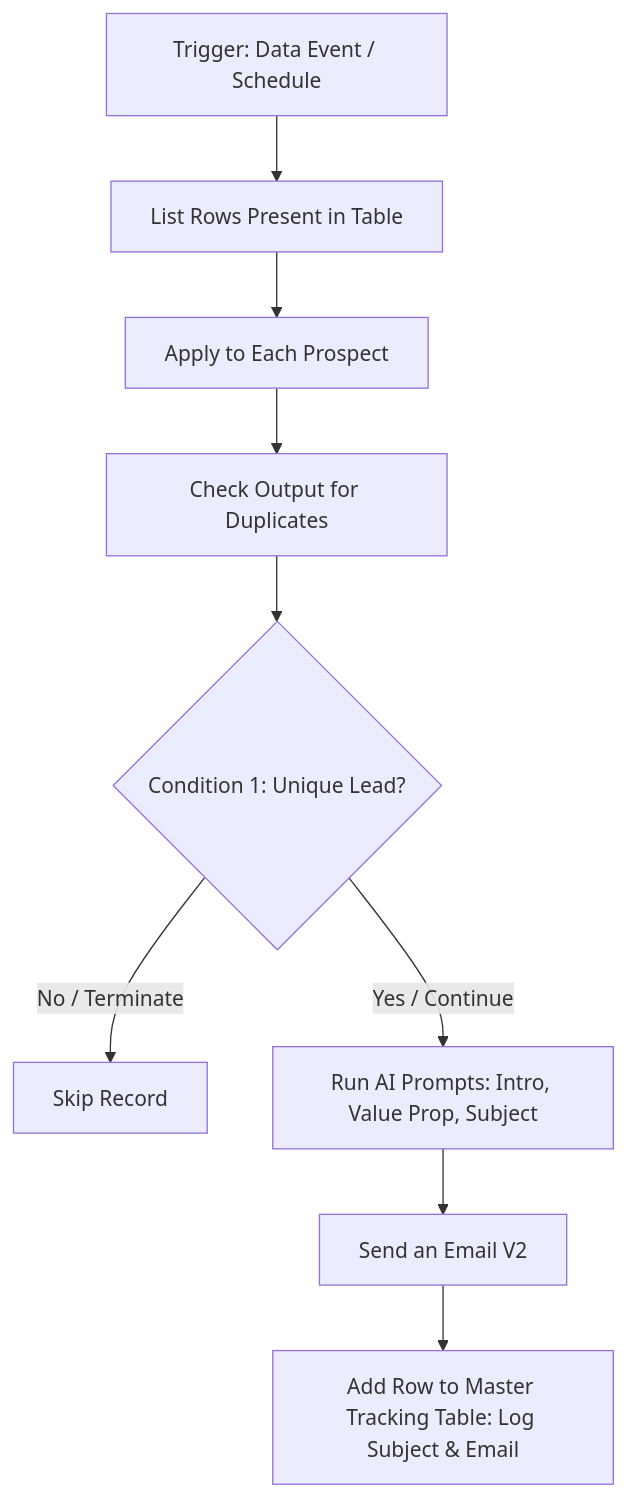
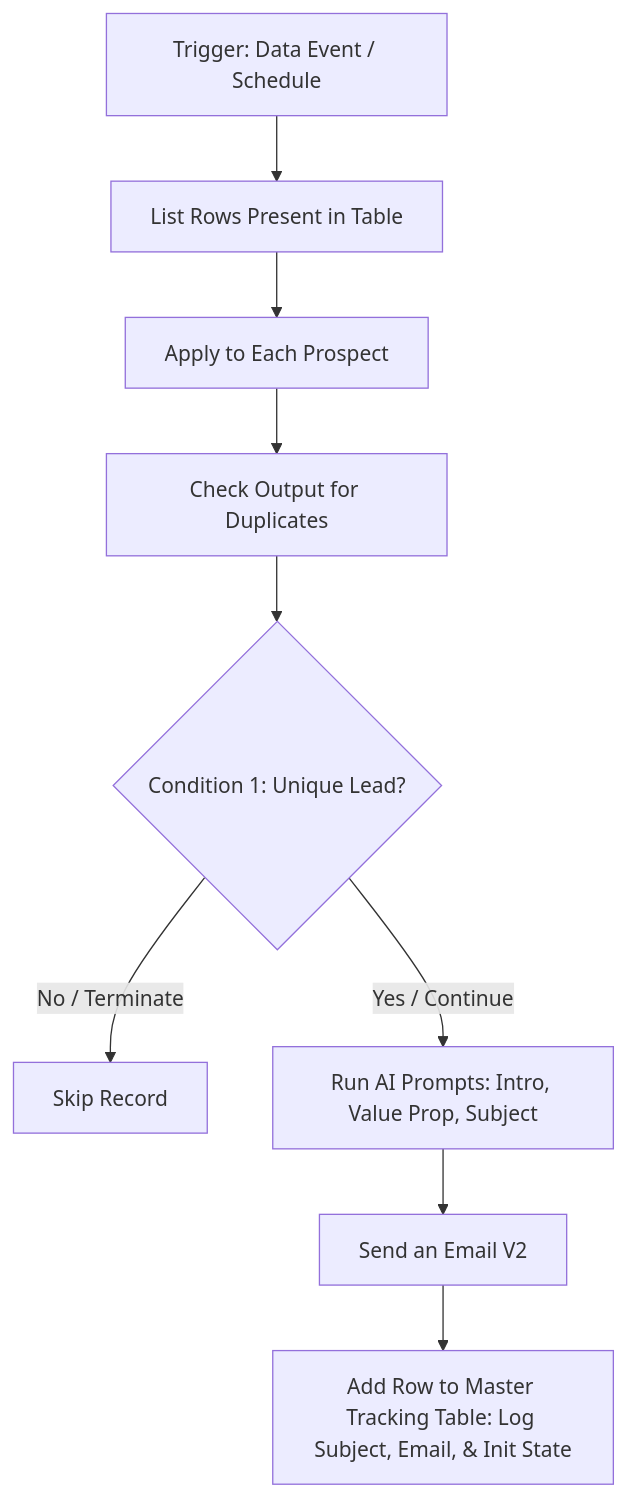
One commit to adilshasrehman-source/enterprise-sales-automation changed the diagram in 01_First_Mail_Outbound.md. Above: the diagram before and after it, drawn with Mermaid. The commit also changed other lines of this file, not shown here.

````diff
--- a/01_First_Mail_Outbound.md
+++ b/01_First_Mail_Outbound.md
@@ -10,13 +10,13 @@
 ```mermaid
 graph TD
     A[Trigger: Data Event / Schedule] --> B[List Rows Present in Table]
     B --> C[Apply to Each Prospect]
     C --> D[Check Output for Duplicates]
     D --> E{Condition 1: Unique Lead?}
     
     E -- No / Terminate --> G[Skip Record]
     E -- Yes / Continue --> F[Run AI Prompts: Intro, Value Prop, Subject]
     
     F --> H[Send an Email V2]
-    H --> I[Add Row to Master Tracking Table: Log Subject & Email]
+    H --> I[Add Row to Master Tracking Table: Log Subject, Email, & Init State]
 ```
````
